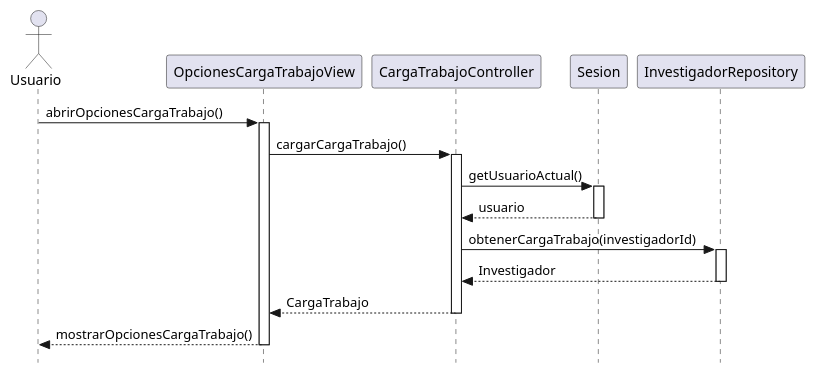
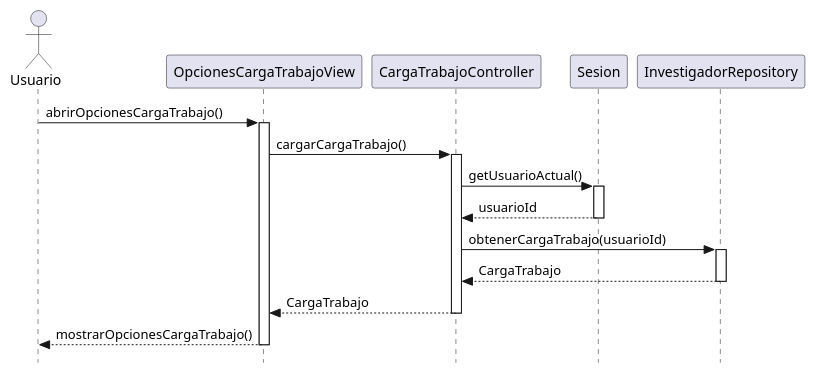
One commit to manuelmunoz8/25-26-idsw2-sdVC changed the diagram in modelosUML/diseño/casosDeUsos/abrirOpcionesCargaTrabajo/abrirOpcionesCargaTrabajo-diseño.puml. Above: the diagram before and after it, drawn with PlantUML. The commit also changed 3 other files, not shown here.

```diff
--- a/modelosUML/diseño/casosDeUsos/abrirOpcionesCargaTrabajo/abrirOpcionesCargaTrabajo-diseño.puml
+++ b/modelosUML/diseño/casosDeUsos/abrirOpcionesCargaTrabajo/abrirOpcionesCargaTrabajo-diseño.puml
@@ -1,26 +1,26 @@
 @startuml abrirOpcionesCargaTrabajo-diseño
 skinparam style strictuml
 
 actor "Usuario" as user
 participant "OpcionesCargaTrabajoView" as view
 participant "CargaTrabajoController" as controller
 participant "Sesion" as sesion
 participant "InvestigadorRepository" as repo
 
 user -> view : abrirOpcionesCargaTrabajo()
 activate view
 view -> controller : cargarCargaTrabajo()
 activate controller
 controller -> sesion : getUsuarioActual()
 activate sesion
-sesion --> controller : usuario
+sesion --> controller : usuarioId
 deactivate sesion
-controller -> repo : obtenerCargaTrabajo(investigadorId)
+controller -> repo : obtenerCargaTrabajo(usuarioId)
 activate repo
-repo --> controller : Investigador
+repo --> controller : CargaTrabajo
 deactivate repo
 controller --> view : CargaTrabajo
 deactivate controller
 view --> user : mostrarOpcionesCargaTrabajo()
 deactivate view
 @enduml
```
